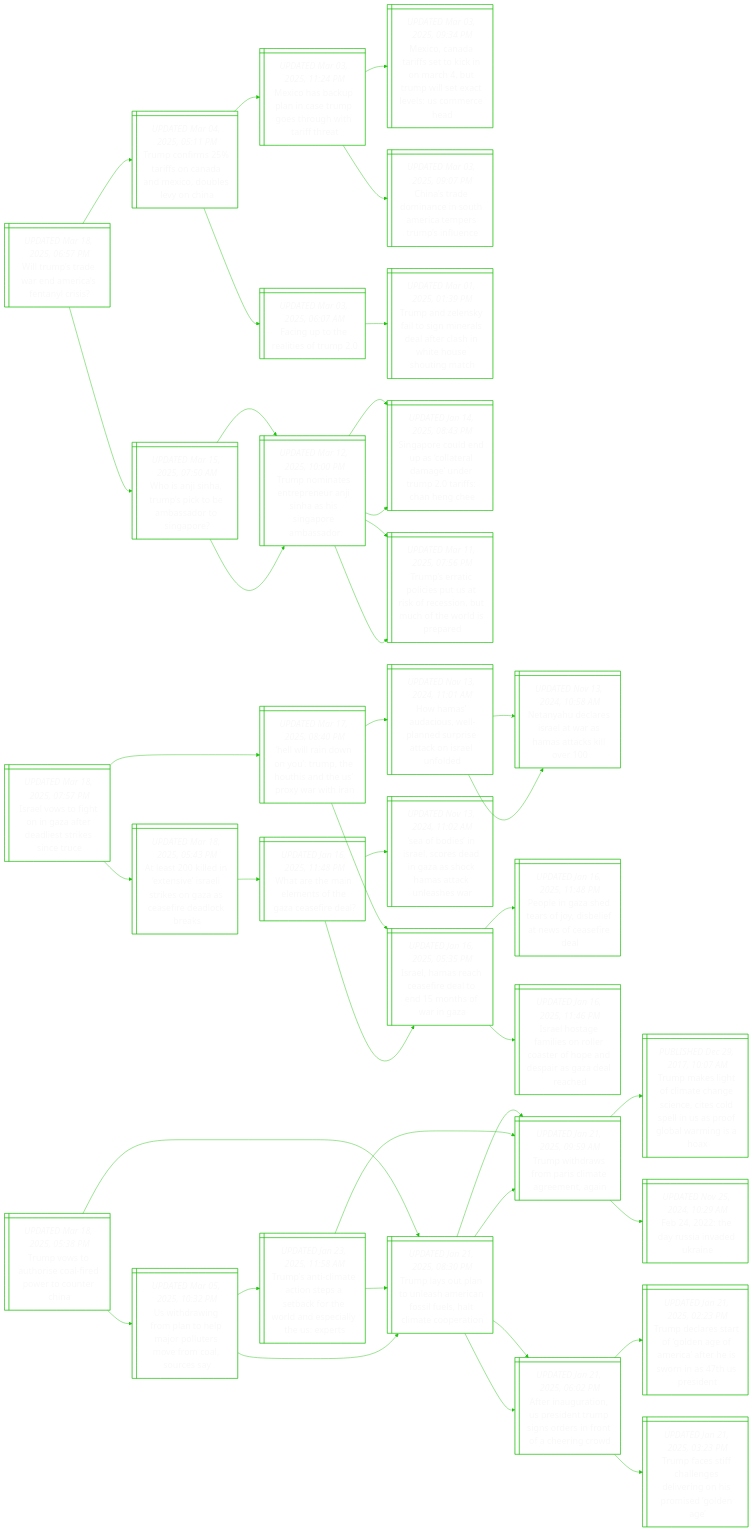
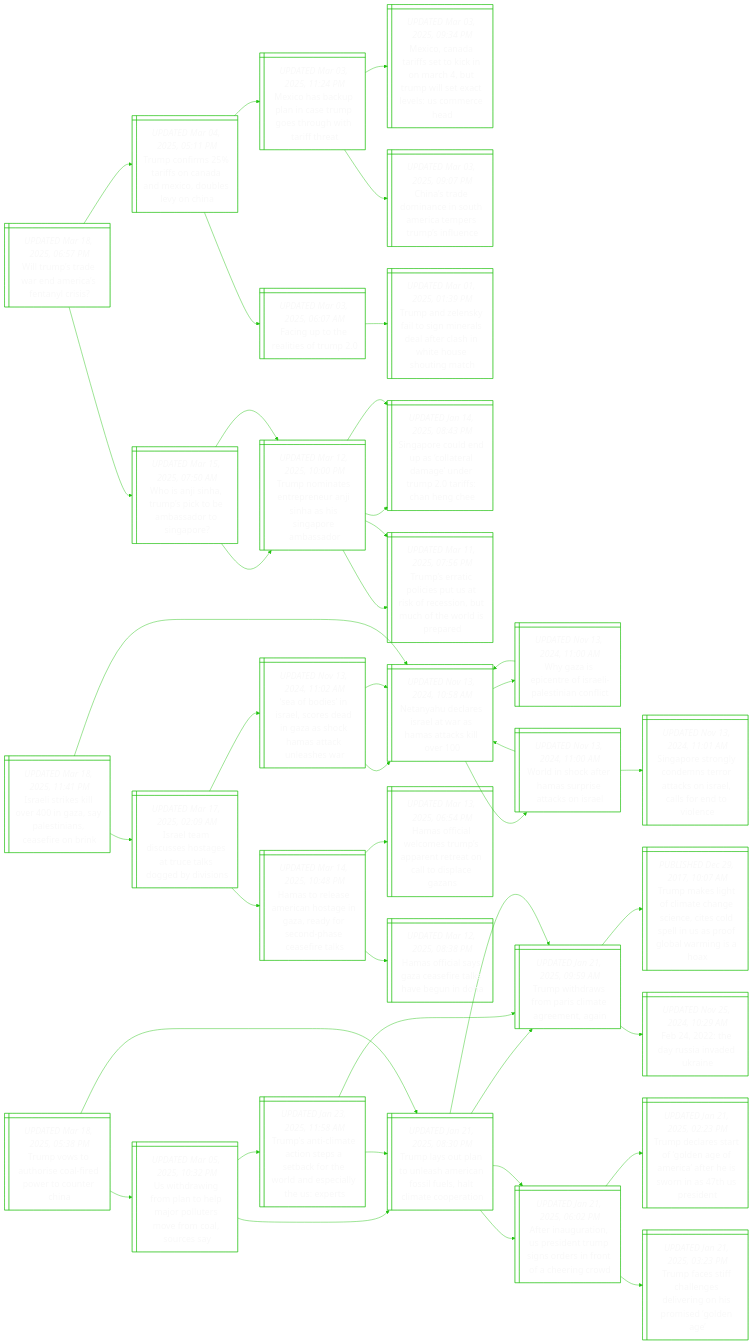
Before and after one commit to notJmes/notJmes: the diagram in README.md, drawn with Mermaid. The commit also changed other lines of this file, not shown here.

```diff
--- a/README.md
+++ b/README.md
@@ -59,42 +59,48 @@
 TnanrrSaSpma:::txtsize --> Sponsalgemihne:::txtsize
 TnanrrSaSpma:::txtsize --> TstlsSseitowip:::txtsize
 
-Ilthnaditsee@{ shape: win-pane, label: "_UPDATED Mar 18, 2025, 07:57 PM_
-Israel vows to fight on in gaza after deadliest strikes since truce" }
-AslessikGsedoe@{ shape: win-pane, label: "_UPDATED Mar 18, 2025, 05:43 PM_
-At least 200 killed in ‘extensive’ israeli strikes on gaza as ceasefire deadlock breaks" }
-Wrmlthaed@{ shape: win-pane, label: "_UPDATED Jan 16, 2025, 11:48 PM_
-What are the main elements of the gaza ceasefire deal?" }
-Ilshedoooia@{ shape: win-pane, label: "_UPDATED Jan 16, 2025, 05:35 PM_
-Israel, hamas reach ceasefire deal to end 15 months of war in gaza" }
+Iliieaysaarr@{ shape: win-pane, label: "_UPDATED Mar 18, 2025, 11:41 PM_
+Israeli strikes kill over 400 in gaza, say palestinians, ceasefire on brink" }
+Ildsoeraobis@{ shape: win-pane, label: "_UPDATED Mar 17, 2025, 02:09 AM_
+Israel team discusses hostages at truce talks dogged by divisions" }
 Sbsrcdnacaale@{ shape: win-pane, label: "_UPDATED Nov 13, 2024, 11:02 AM_
 ‘sea of bodies’ in israel, scores dead in gaza as shock hamas attack unleashes war" }
-Hiinuposhrah@{ shape: win-pane, label: "_UPDATED Mar 17, 2025, 08:40 PM_
-‘hell will rain down on you’: trump, the houthis and the us’ proxy war with iran" }
-Hmdulnrecsud@{ shape: win-pane, label: "_UPDATED Nov 13, 2024, 11:01 AM_
-How hamas’ audacious, well-planned surprise attack on israel unfolded" }
 NyeeawHakl@{ shape: win-pane, label: "_UPDATED Nov 13, 2024, 10:58 AM_
 Netanyahu declares israel at war as hamas attacks kill over 100" }
 NyeeawHakl@{ shape: win-pane, label: "_UPDATED Nov 13, 2024, 10:58 AM_
 Netanyahu declares israel at war as hamas attacks kill over 100" }
-Ilshedoooia@{ shape: win-pane, label: "_UPDATED Jan 16, 2025, 05:35 PM_
-Israel, hamas reach ceasefire deal to end 15 months of war in gaza" }
-Pezdsyeasarl@{ shape: win-pane, label: "_UPDATED Jan 16, 2025, 11:48 PM_
-People in gaza shed tears of joy, disbelief at news of ceasefire deal" }
-Ilamslorpdiaac@{ shape: win-pane, label: "_UPDATED Jan 16, 2025, 11:46 PM_
-Israel hostage families on roller coaster of hope and despair as gaza deal reached" }
+Htematnrfcheil@{ shape: win-pane, label: "_UPDATED Mar 14, 2025, 10:48 PM_
+Hamas to release american hostage in gaza, ready for second-phase ceasefire talks" }
+Hoilsparaadaz@{ shape: win-pane, label: "_UPDATED Mar 13, 2025, 06:54 PM_
+Hamas official welcomes trump’s apparent retreat on call to displace gazans" }
+Hoiyaethen@{ shape: win-pane, label: "_UPDATED Mar 12, 2025, 08:38 PM_
+Hamas official says gaza ceasefire talks have begun in doha" }
+NyeeawHakl@{ shape: win-pane, label: "_UPDATED Nov 13, 2024, 10:58 AM_
+Netanyahu declares israel at war as hamas attacks kill over 100" }
+WzptIleint@{ shape: win-pane, label: "_UPDATED Nov 13, 2024, 11:00 AM_
+Why gaza is epicentre of israeli-palestinian conflict" }
+NyeeawHakl@{ shape: win-pane, label: "_UPDATED Nov 13, 2024, 10:58 AM_
+Netanyahu declares israel at war as hamas attacks kill over 100" }
+Wiceapaks@{ shape: win-pane, label: "_UPDATED Nov 13, 2024, 11:00 AM_
+World in shock after hamas surprise attacks on israel" }
+NyeeawHakl@{ shape: win-pane, label: "_UPDATED Nov 13, 2024, 10:58 AM_
+Netanyahu declares israel at war as hamas attacks kill over 100" }
+SptldtrcIlsnic@{ shape: win-pane, label: "_UPDATED Nov 13, 2024, 11:01 AM_
+Singapore strongly condemns terror attacks on israel, calls for end to violence" }
 
-Ilthnaditsee:::txtsize --> AslessikGsedoe:::txtsize
-AslessikGsedoe:::txtsize --> Wrmlthaed:::txtsize
-Wrmlthaed:::txtsize --> Ilshedoooia:::txtsize
-Wrmlthaed:::txtsize --> Sbsrcdnacaale:::txtsize
-Ilthnaditsee:::txtsize --> Hiinuposhrah:::txtsize
-Hiinuposhrah:::txtsize --> Hmdulnrecsud:::txtsize
-Hmdulnrecsud:::txtsize --> NyeeawHakl:::txtsize
-Hmdulnrecsud:::txtsize --> NyeeawHakl:::txtsize
-Hiinuposhrah:::txtsize --> Ilshedoooia:::txtsize
-Ilshedoooia:::txtsize --> Pezdsyeasarl:::txtsize
-Ilshedoooia:::txtsize --> Ilamslorpdiaac:::txtsize
+Iliieaysaarr:::txtsize --> Ildsoeraobis:::txtsize
+Ildsoeraobis:::txtsize --> Sbsrcdnacaale:::txtsize
+Sbsrcdnacaale:::txtsize --> NyeeawHakl:::txtsize
+Sbsrcdnacaale:::txtsize --> NyeeawHakl:::txtsize
+Ildsoeraobis:::txtsize --> Htematnrfcheil:::txtsize
+Htematnrfcheil:::txtsize --> Hoilsparaadaz:::txtsize
+Htematnrfcheil:::txtsize --> Hoiyaethen:::txtsize
+Iliieaysaarr:::txtsize --> NyeeawHakl:::txtsize
+NyeeawHakl:::txtsize --> WzptIleint:::txtsize
+WzptIleint:::txtsize --> NyeeawHakl:::txtsize
+NyeeawHakl:::txtsize --> Wiceapaks:::txtsize
+Wiceapaks:::txtsize --> NyeeawHakl:::txtsize
+Wiceapaks:::txtsize --> SptldtrcIlsnic:::txtsize
 
 Tvoociooti@{ shape: win-pane, label: "_UPDATED Mar 18, 2025, 05:38 PM_
 Trump vows to authorise coal-fired power to counter china" }
```
